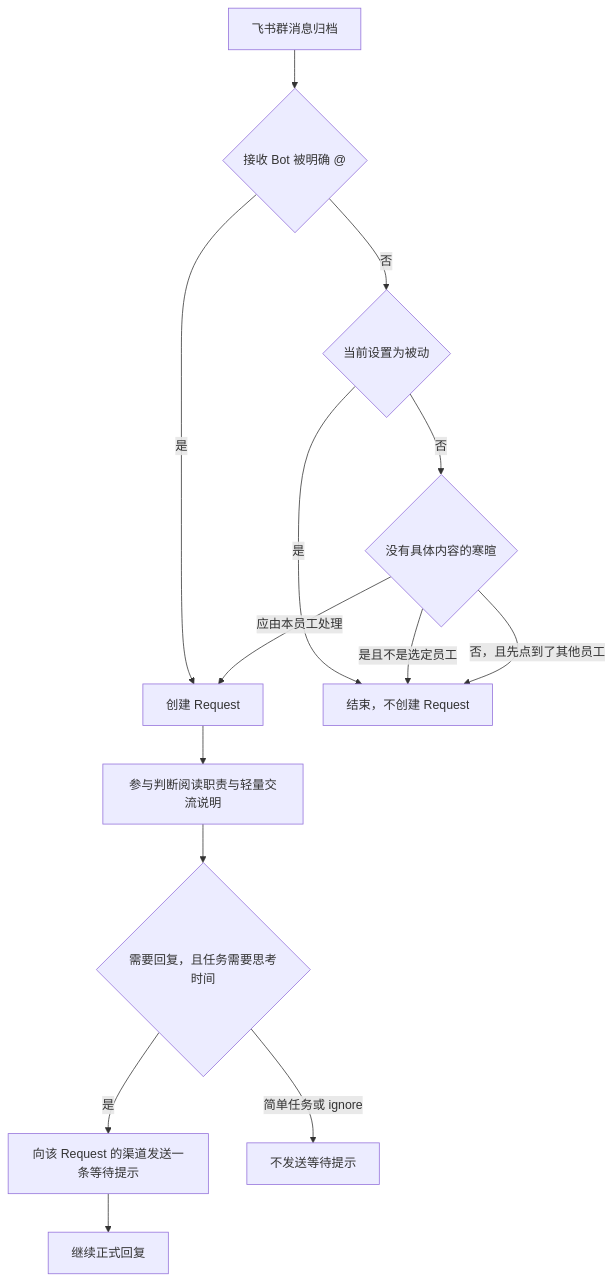
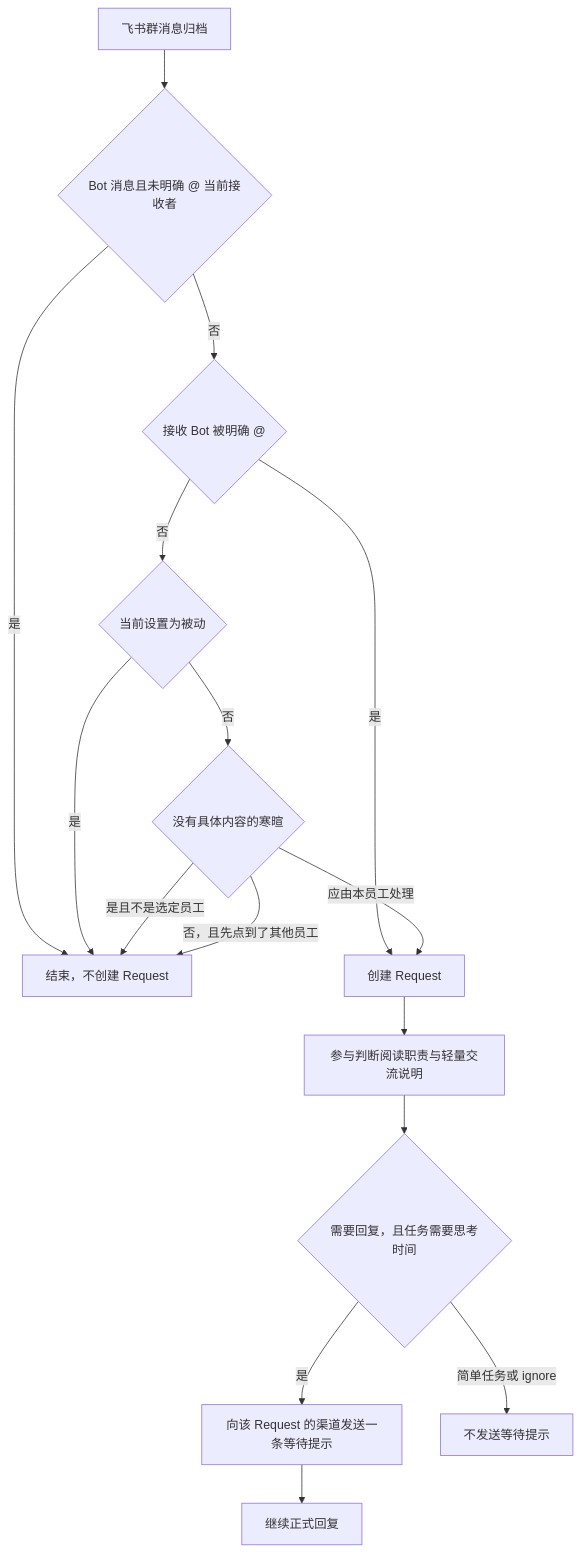
The diagram in jiuwenswarm/server/jiuwenmate/docs/features/F_23_group-reply-mode.md (openJiuwen-ai/jiuwenswarm), drawn with Mermaid before and after one commit. The commit also changed other lines of this file and 5 other files, not shown here.

````diff
--- a/jiuwenswarm/server/jiuwenmate/docs/features/F_23_group-reply-mode.md
+++ b/jiuwenswarm/server/jiuwenmate/docs/features/F_23_group-reply-mode.md
@@ -40,16 +40,18 @@
 ```mermaid
 flowchart TD
-    A["飞书群消息归档"] --> B{"接收 Bot 被明确 @"}
+    A["飞书群消息归档"] --> G{"Bot 消息且未明确 @ 当前接收者"}
+    G -->|是| H["结束，不创建 Request"]
+    G -->|否| B{"接收 Bot 被明确 @"}
     B -->|是| R["创建 Request"]
     B -->|否| C{"当前设置为被动"}
-    C -->|是| H["结束，不创建 Request"]
+    C -->|是| H
     C -->|否| D{"没有具体内容的寒暄"}
     D -->|是且不是选定员工| H
     D -->|否，且先点到了其他员工| H
     D -->|应由本员工处理| R
     R --> P["参与判断阅读职责与轻量交流说明"]
     P --> N{"需要回复，且任务需要思考时间"}
     N -->|是| W["向该 Request 的渠道发送一条等待提示"]
     N -->|简单任务或 ignore| S["不发送等待提示"]
     W --> E["继续正式回复"]
 ```
````
